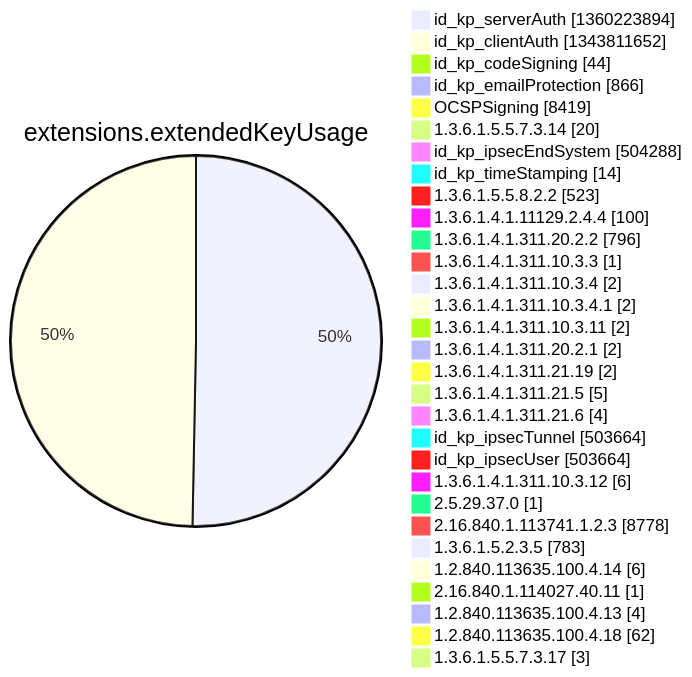
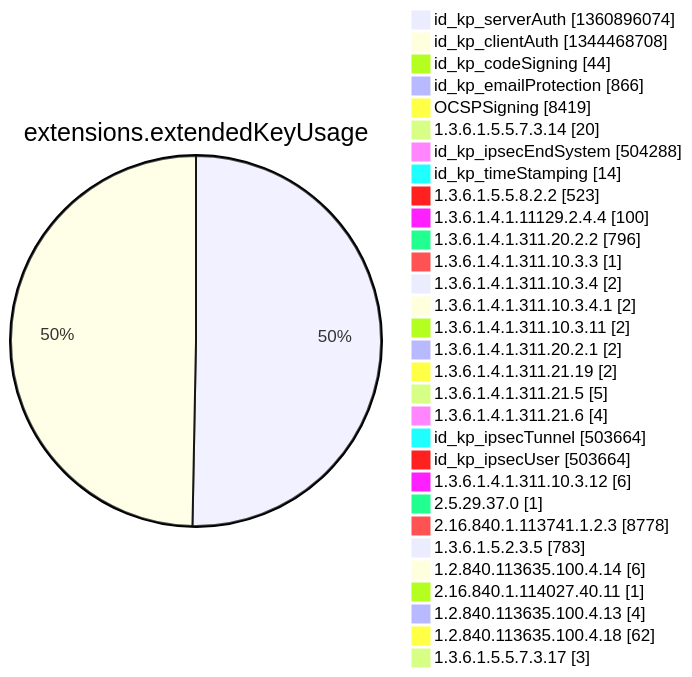
Diagram 12 of 15 in argon2022/README.md (christiankrug/ctmonitor_visualization), drawn with Mermaid before and after one commit. The commit also changed other lines of this file, not shown here.

````diff
--- a/argon2022/README.md
+++ b/argon2022/README.md
@@ -3553,34 +3553,34 @@
 ```mermaid
 pie showData
 title extensions.extendedKeyUsage
-"id_kp_serverAuth" :1360223894
-"id_kp_clientAuth" :1343811652
+"id_kp_serverAuth" :1360896074
+"id_kp_clientAuth" :1344468708
 "id_kp_codeSigning" :44
 "id_kp_emailProtection" :866
 "OCSPSigning" :8419
 "1.3.6.1.5.5.7.3.14" :20
 "id_kp_ipsecEndSystem" :504288
 "id_kp_timeStamping" :14
 "1.3.6.1.5.5.8.2.2" :523
 "1.3.6.1.4.1.11129.2.4.4" :100
 "1.3.6.1.4.1.311.20.2.2" :796
 "1.3.6.1.4.1.311.10.3.3" :1
 "1.3.6.1.4.1.311.10.3.4" :2
 "1.3.6.1.4.1.311.10.3.4.1" :2
 "1.3.6.1.4.1.311.10.3.11" :2
 "1.3.6.1.4.1.311.20.2.1" :2
 "1.3.6.1.4.1.311.21.19" :2
 "1.3.6.1.4.1.311.21.5" :5
 "1.3.6.1.4.1.311.21.6" :4
 "id_kp_ipsecTunnel" :503664
 "id_kp_ipsecUser" :503664
 "1.3.6.1.4.1.311.10.3.12" :6
 "2.5.29.37.0" :1
 "2.16.840.1.113741.1.2.3" :8778
 "1.3.6.1.5.2.3.5" :783
 "1.2.840.113635.100.4.14" :6
 "2.16.840.1.114027.40.11" :1
 "1.2.840.113635.100.4.13" :4
 "1.2.840.113635.100.4.18" :62
 "1.3.6.1.5.5.7.3.17" :3
 ```
````
